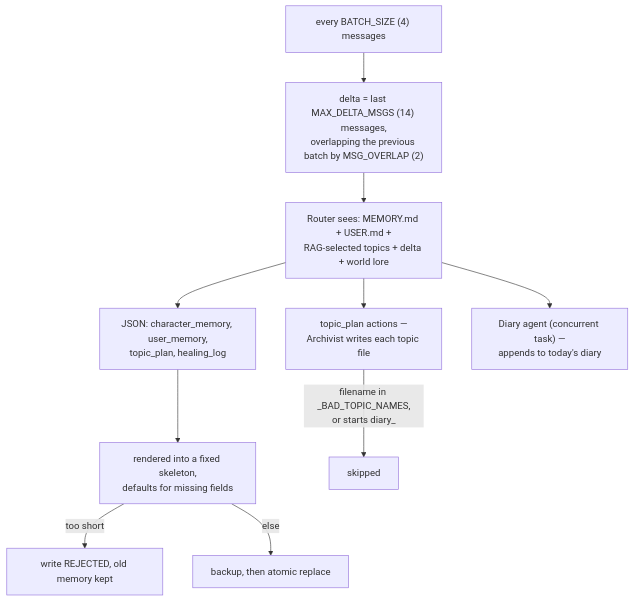
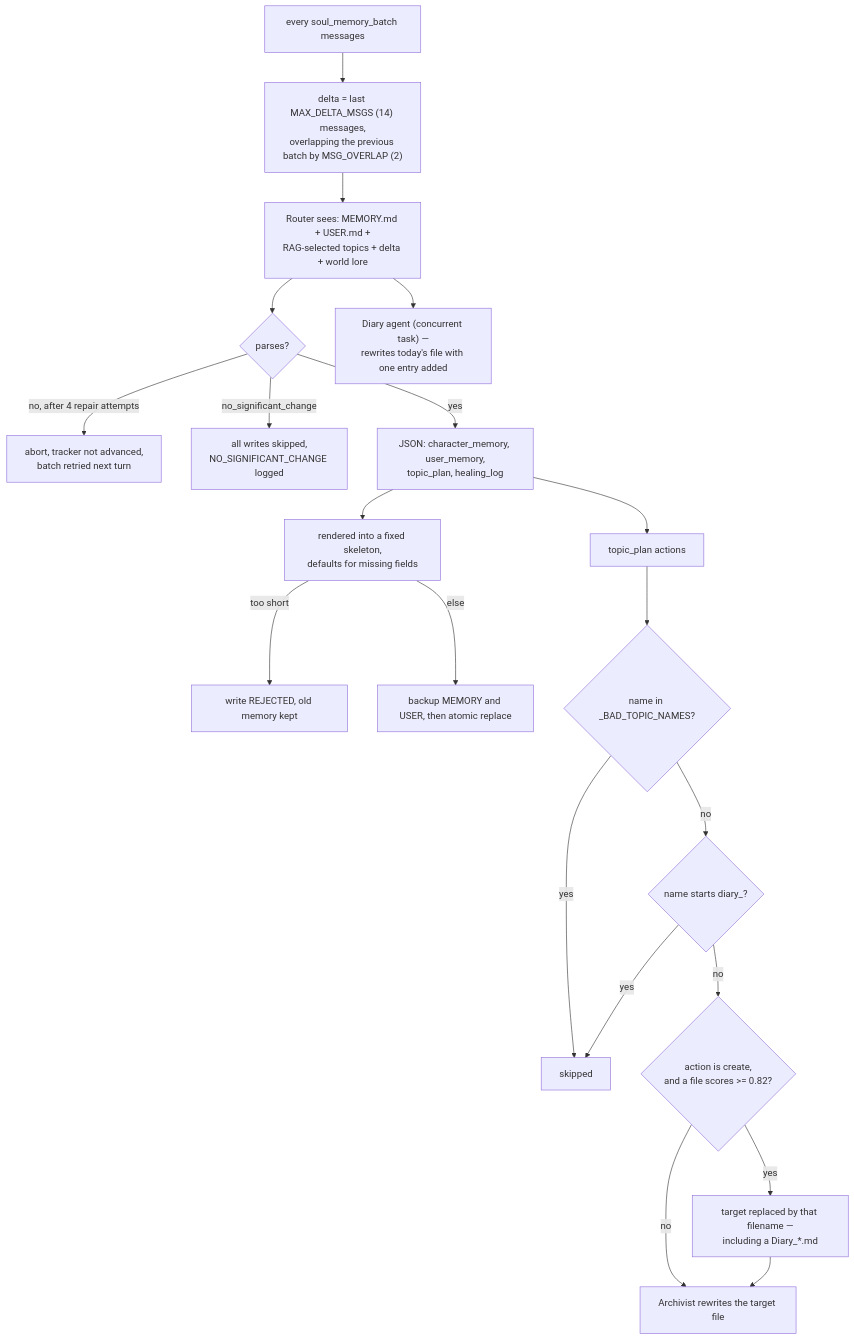
The first of 2 diagrams in content/systems/soul-of-waifu.md (neoneye/agent-memory-atlas), drawn with Mermaid before and after one commit. The commit also changed other lines of this file and 14 other files, not shown here.

First line of the commit message:
Soul of Waifu re-pinned at 747048b: the dedup redirect reassigns the filename two guards just checked, and the diary is in range

````diff
--- a/content/systems/soul-of-waifu.md
+++ b/content/systems/soul-of-waifu.md
@@ -80,13 +104,23 @@
 ```mermaid
-%% caption: a rendered memory shorter than the floor is rejected and the old memory kept, so a degraded model response cannot empty the file
+%% caption: the two filename guards run before the de-duplication step, and the file the second guard names can be handed back by the step below it
 flowchart TB
-    B["every BATCH_SIZE (4) messages"] --> D["delta = last MAX_DELTA_MSGS (14) messages,<br/>overlapping the previous batch by MSG_OVERLAP (2)"]
+    B["every soul_memory_batch messages"] --> D["delta = last MAX_DELTA_MSGS (14) messages,<br/>overlapping the previous batch by MSG_OVERLAP (2)"]
     D --> R["Router sees: MEMORY.md + USER.md +<br/>RAG-selected topics + delta + world lore"]
-    R --> J["JSON: character_memory, user_memory,<br/>topic_plan, healing_log"]
+    R --> P{"parses?"}
+    P -->|"no, after 4 repair attempts"| RT["abort, tracker not advanced,<br/>batch retried next turn"]
+    P -->|"no_significant_change"| NOP["all writes skipped,<br/>NO_SIGNIFICANT_CHANGE logged"]
+    P -->|"yes"| J["JSON: character_memory, user_memory,<br/>topic_plan, healing_log"]
     J --> REN["rendered into a fixed skeleton,<br/>defaults for missing fields"]
     REN -->|too short| REJ["write REJECTED, old memory kept"]
-    REN -->|else| BK["backup, then atomic replace"]
-    R --> TP["topic_plan actions —<br/>Archivist writes each topic file"]
-    TP -->|"filename in _BAD_TOPIC_NAMES,<br/>or starts diary_"| SKIP[skipped]
-    R --> DIA["Diary agent (concurrent task) —<br/>appends to today's diary"]
+    REN -->|else| BK["backup MEMORY and USER, then atomic replace"]
+    J --> TP["topic_plan actions"]
+    TP --> G1{"name in _BAD_TOPIC_NAMES?"}
+    G1 -->|yes| SKIP[skipped]
+    G1 -->|no| G2{"name starts diary_?"}
+    G2 -->|yes| SKIP
+    G2 -->|no| DD{"action is create,<br/>and a file scores >= 0.82?"}
+    DD -->|yes| RED["target replaced by that filename —<br/>including a Diary_*.md"]
+    DD -->|no| ARC
+    RED --> ARC["Archivist rewrites the target file"]
+    R --> DIA["Diary agent (concurrent task) —<br/>rewrites today's file with one entry added"]
 ```
````
